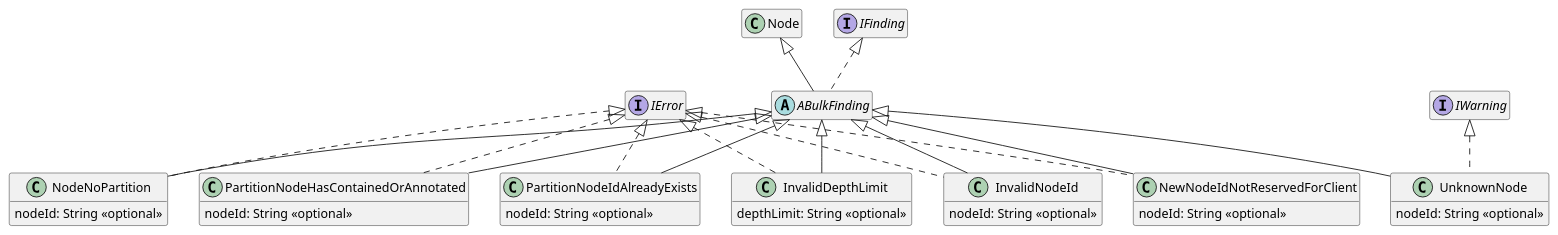
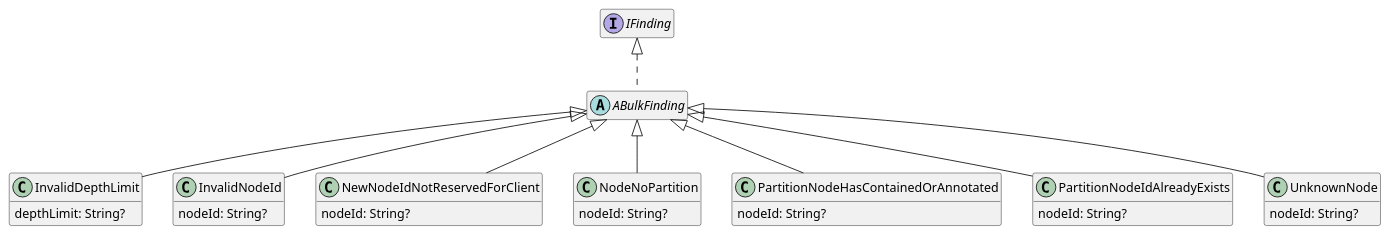
The diagram in languages/io.lionweb.bulk.validation/lionweb/io.lionweb.bulk.validation.puml (LionWeb-io/lionweb-mps), drawn with PlantUML before and after one commit. The commit also changed 18 other files, not shown here.

Commit message:
updated diagrams

```diff
--- a/languages/io.lionweb.bulk.validation/lionweb/io.lionweb.bulk.validation.puml
+++ b/languages/io.lionweb.bulk.validation/lionweb/io.lionweb.bulk.validation.puml
@@ -1,50 +1,50 @@
 @startuml
 hide empty members
 
 ' qualified name: "io.lionweb.bulk.validation"
 
 
-abstract class ABulkFinding extends Node implements IFinding
+abstract class ABulkFinding implements IFinding
 
-class InvalidDepthLimit extends ABulkFinding implements IError {
-  depthLimit: String <<optional>>
+class InvalidDepthLimit extends ABulkFinding {
+  depthLimit: String?
 }
 
-class InvalidNodeId extends ABulkFinding implements IError {
-  nodeId: String <<optional>>
+class InvalidNodeId extends ABulkFinding {
+  nodeId: String?
 }
 
-class NewNodeIdNotReservedForClient extends ABulkFinding implements IError {
-  nodeId: String <<optional>>
+class NewNodeIdNotReservedForClient extends ABulkFinding {
+  nodeId: String?
 }
 
-class NodeNoPartition extends ABulkFinding implements IError {
-  nodeId: String <<optional>>
+class NodeNoPartition extends ABulkFinding {
+  nodeId: String?
 }
 
-class PartitionNodeHasContainedOrAnnotated extends ABulkFinding implements IError {
-  nodeId: String <<optional>>
+class PartitionNodeHasContainedOrAnnotated extends ABulkFinding {
+  nodeId: String?
 }
 
-class PartitionNodeIdAlreadyExists extends ABulkFinding implements IError {
-  nodeId: String <<optional>>
+class PartitionNodeIdAlreadyExists extends ABulkFinding {
+  nodeId: String?
 }
 
-class UnknownNode extends ABulkFinding implements IWarning {
-  nodeId: String <<optional>>
+class UnknownNode extends ABulkFinding {
+  nodeId: String?
 }
 
 
 
 ' relations:
 
 
 
 
 
 
 
 
 
 
 @enduml
```
